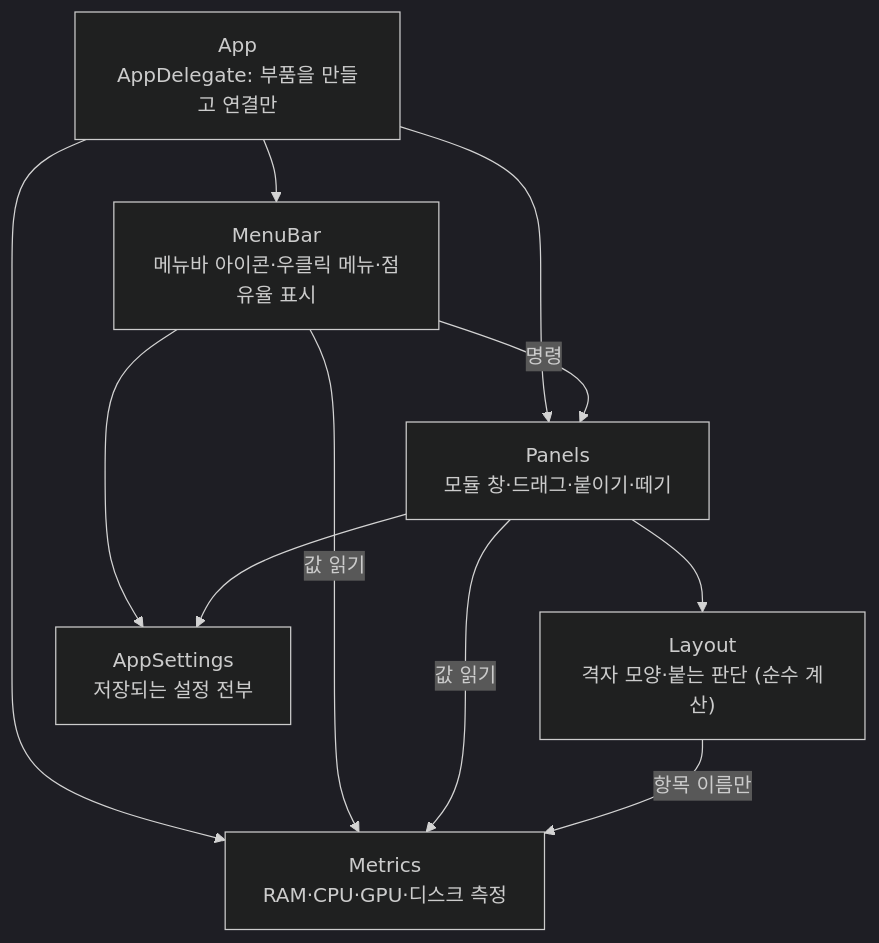
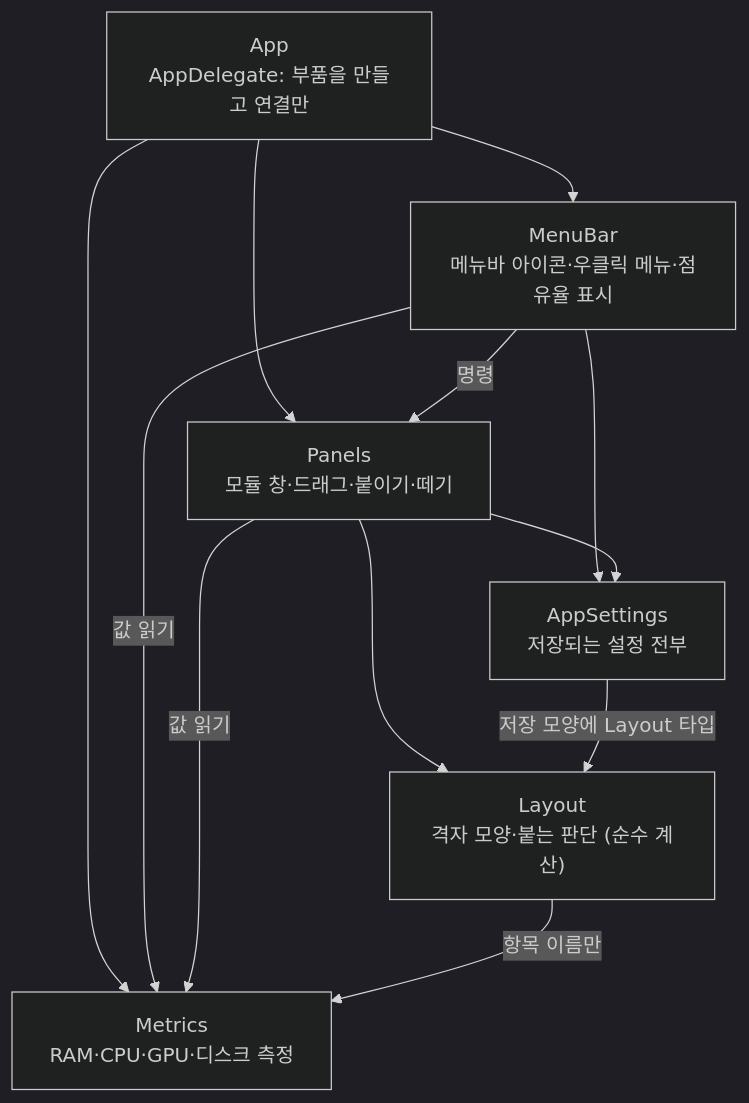
Before and after one commit to bmminky/potatus-hub: the diagram in docs/ARCHITECTURE.md, drawn with Mermaid (dark theme). The commit also changed other lines of this file and 9 other files, not shown here.

````diff
--- a/docs/ARCHITECTURE.md
+++ b/docs/ARCHITECTURE.md
@@ -9,20 +9,21 @@
 ```mermaid
 flowchart TD
     App["App<br/>AppDelegate: 부품을 만들고 연결만"]
     MenuBar["MenuBar<br/>메뉴바 아이콘·우클릭 메뉴·점유율 표시"]
     Panels["Panels<br/>모듈 창·드래그·붙이기·떼기"]
     Metrics["Metrics<br/>RAM·CPU·GPU·디스크 측정"]
     Layout["Layout<br/>격자 모양·붙는 판단 (순수 계산)"]
     Settings["AppSettings<br/>저장되는 설정 전부"]
 
     App --> MenuBar
     App --> Panels
     App --> Metrics
     MenuBar -->|명령| Panels
     MenuBar -->|값 읽기| Metrics
     MenuBar --> Settings
     Panels -->|값 읽기| Metrics
     Panels --> Layout
     Panels --> Settings
     Layout -->|항목 이름만| Metrics
+    Settings -->|저장 모양에 Layout 타입| Layout
 ```
````
